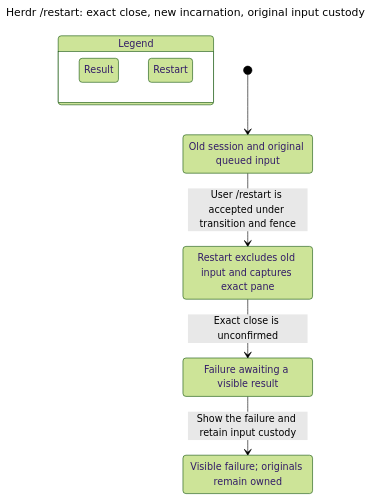
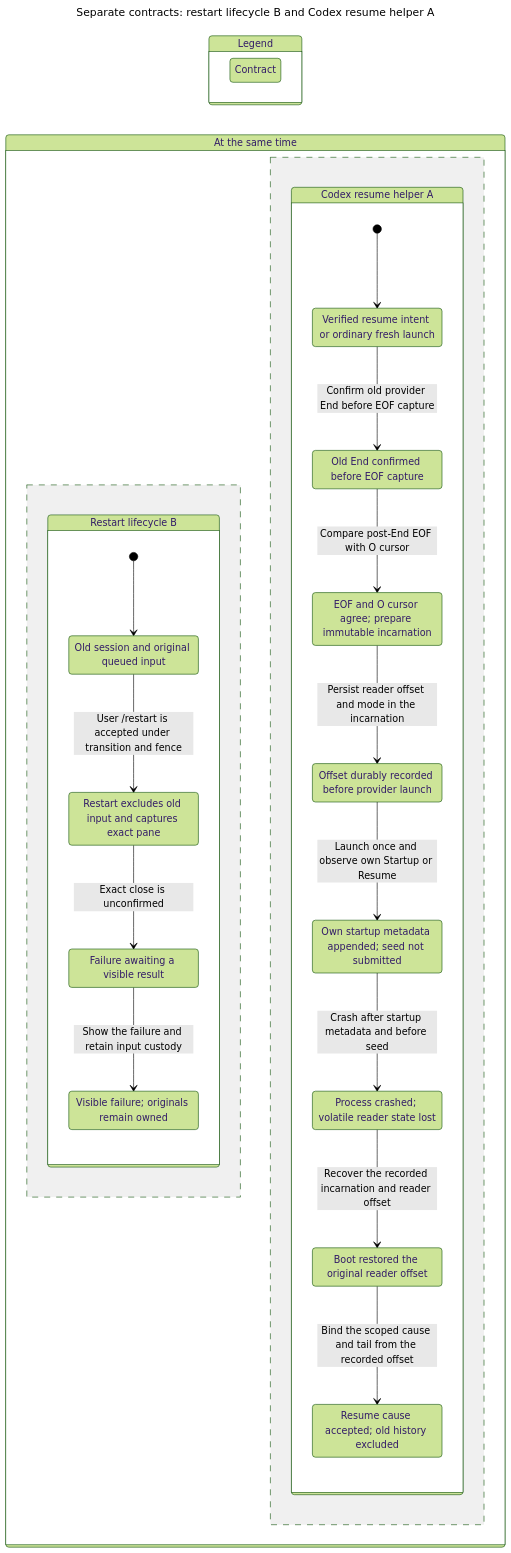
One commit to itismyfield/AgentDesk changed the diagram in docs/statecharts/session-lifecycle/herdr-restart-CloseFailure.chart.mmd. Above: the diagram before and after it, drawn with Mermaid (forest theme). The commit also changed 185 other files, not shown here.

First line of the commit message:
feat: preserve explicit Codex Herdr resume boundaries

```diff
--- a/docs/statecharts/session-lifecycle/herdr-restart-CloseFailure.chart.mmd
+++ b/docs/statecharts/session-lifecycle/herdr-restart-CloseFailure.chart.mmd
@@ -1,22 +1,52 @@
 ---
-title: "Herdr /restart: exact close, new incarnation, original input custody"
+title: "Separate contracts: restart lifecycle B and Codex resume helper A"
 ---
 stateDiagram-v2
+  direction LR
   state "Legend" as legend {
-    lg0: Result
-    lg1: Restart
+    lg0: Contract
   }
-  class lg0 teal
-  class lg1 blue
-  s0: Old session and original queued input
-  s1: Restart excludes old input and captures exact pane
-  s2: Failure awaiting a visible result
-  s3: Visible failure#59; originals remain owned
-  [*] --> s0
-  s0 --> s1: User /restart is accepted under transition and fence
-  s1 --> s2: Exact close is unconfirmed
-  s2 --> s3: Show the failure and retain input custody
+  class lg0 blue
+  state "At the same time" as all {
+    state "Restart lifecycle B" as r0 {
+      s0: Old session and original queued input
+      s1: Restart excludes old input and captures exact pane
+      s2: Failure awaiting a visible result
+      s3: Visible failure#59; originals remain owned
+      [*] --> s0
+      s0 --> s1: User /restart is accepted under transition and fence
+      s1 --> s2: Exact close is unconfirmed
+      s2 --> s3: Show the failure and retain input custody
+    }
+    --
+    state "Codex resume helper A" as r1 {
+      s4: Verified resume intent or ordinary fresh launch
+      s5: Old End confirmed before EOF capture
+      s6: EOF and O cursor agree#59; prepare immutable incarnation
+      s7: Offset durably recorded before provider launch
+      s8: Own startup metadata appended#59; seed not submitted
+      s9: Process crashed#59; volatile reader state lost
+      s10: Boot restored the original reader offset
+      s11: Resume cause accepted#59; old history excluded
+      [*] --> s4
+      s4 --> s5: Confirm old provider End before EOF capture
+      s5 --> s6: Compare post-End EOF with O cursor
+      s6 --> s7: Persist reader offset and mode in the incarnation
+      s7 --> s8: Launch once and observe own Startup or Resume
+      s8 --> s9: Crash after startup metadata and before seed
+      s9 --> s10: Recover the recorded incarnation and reader offset
+      s10 --> s11: Bind the scoped cause and tail from the recorded offset
+    }
+  }
   class s0 blue
   class s1 blue
   class s2 blue
-  class s3 teal
+  class s3 blue
+  class s4 blue
+  class s5 blue
+  class s6 blue
+  class s7 blue
+  class s8 blue
+  class s9 blue
+  class s10 blue
+  class s11 blue
```
